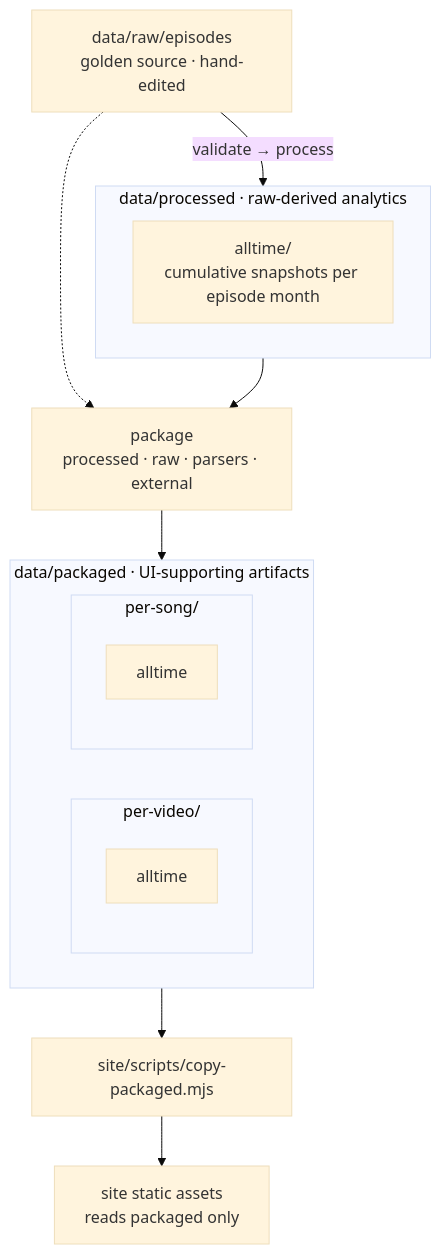
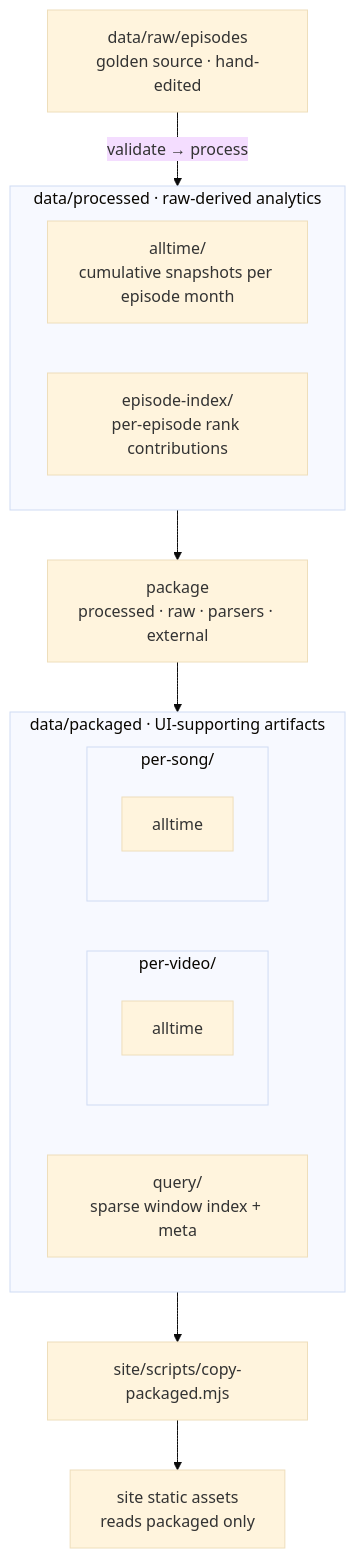
Before and after one commit to ruslanbes/eurovision-top-20: the diagram in data/README.md, drawn with Mermaid (base theme). The commit also changed other lines of this file and 147 other files, not shown here.

````diff
--- a/data/README.md
+++ b/data/README.md
@@ -9,29 +9,30 @@
 ```mermaid
 flowchart TB
   raw["data/raw/episodes<br/>golden source · hand-edited"]
 
   subgraph processed["data/processed · raw-derived analytics"]
     alltime["alltime/<br/>cumulative snapshots per episode month"]
+    episode_index["episode-index/<br/>per-episode rank contributions"]
   end
 
   package["package<br/>processed · raw · parsers · external"]
 
   subgraph packaged["data/packaged · UI-supporting artifacts"]
     direction LR
+    query["query/<br/>sparse window index + meta"]
     subgraph per_video["per-video/"]
       pv_alltime["alltime"]
     end
     subgraph per_song["per-song/"]
       ps_alltime["alltime"]
     end
   end
 
   prebuild["site/scripts/copy-packaged.mjs"]
   site["site static assets<br/>reads packaged only"]
 
   raw -->|"validate → process"| processed
   processed --> package
-  raw -.-> package
   package --> packaged
   packaged --> prebuild --> site
 ```
````
